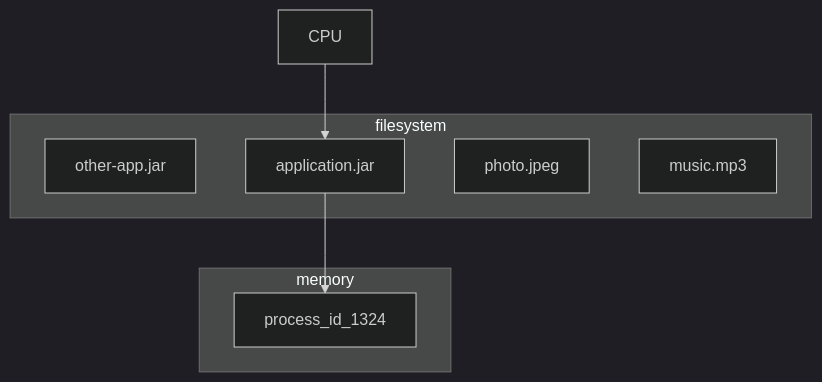
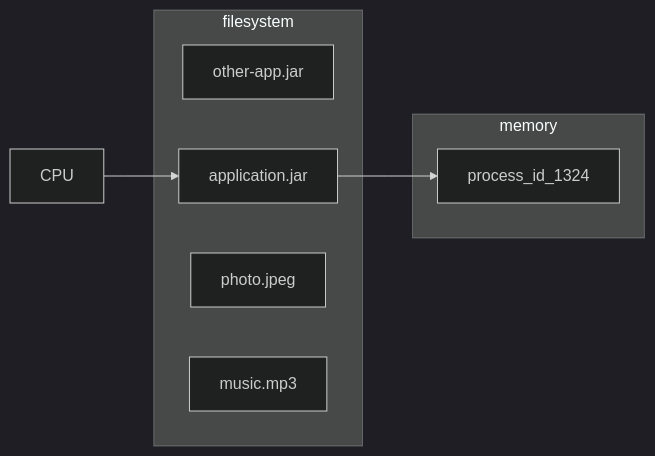
The second of 2 diagrams in distributed-systems/1-Introduction.md (maulikdave-fh/notes), drawn with Mermaid (dark theme) before and after one commit.

Commit message:
add introduction

````diff
--- a/distributed-systems/1-Introduction.md
+++ b/distributed-systems/1-Introduction.md
@@ -37,16 +37,16 @@
 ```mermaid
-    flowchart TB
+    flowchart LR
         subgraph filesystem
             other-app.jar
             application.jar
             photo.jpeg
             music.mp3
         end
         
         subgraph memory
             process_id_1324
         end
         
         CPU --> application.jar
         application.jar --> process_id_1324        
 ```
````
